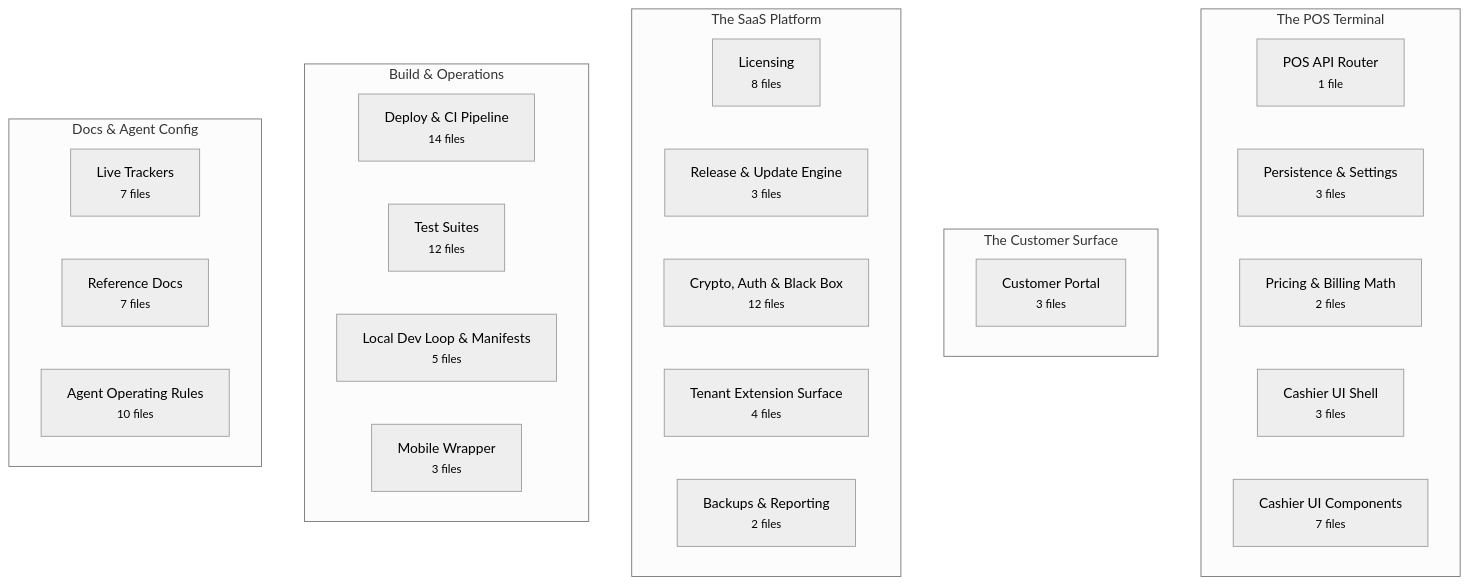
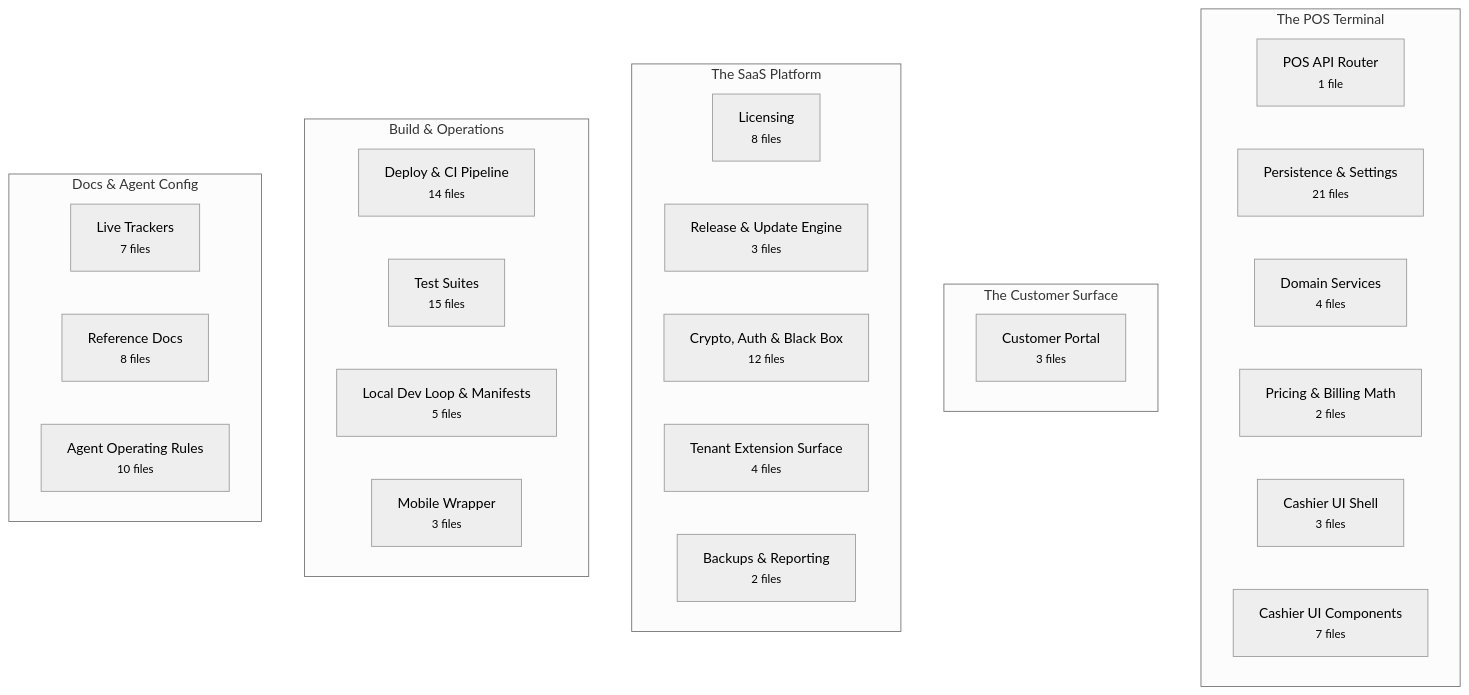
One commit to Vishalnayak226/gold_pos changed the first of 2 diagrams in docs/brain/BRAIN.md. Above: the diagram before and after it, drawn with Mermaid (neutral theme). The commit also changed other lines of this file and 59 other files, not shown here.

````diff
--- a/docs/brain/BRAIN.md
+++ b/docs/brain/BRAIN.md
@@ -20,36 +20,37 @@
 ```mermaid
 flowchart TB
   subgraph pos["The POS Terminal"]
     direction LR
     pos_api["POS API Router<br/><small>1 file</small>"]
-    persistence["Persistence & Settings<br/><small>3 files</small>"]
+    persistence["Persistence & Settings<br/><small>21 files</small>"]
+    domain_services["Domain Services<br/><small>4 files</small>"]
     pricing["Pricing & Billing Math<br/><small>2 files</small>"]
     pos_ui["Cashier UI Shell<br/><small>3 files</small>"]
     pos_components["Cashier UI Components<br/><small>7 files</small>"]
   end
   subgraph customer["The Customer Surface"]
     direction LR
     customer_portal["Customer Portal<br/><small>3 files</small>"]
   end
   subgraph platform["The SaaS Platform"]
     direction LR
     licensing["Licensing<br/><small>8 files</small>"]
     updates["Release & Update Engine<br/><small>3 files</small>"]
     security["Crypto, Auth & Black Box<br/><small>12 files</small>"]
     extensions["Tenant Extension Surface<br/><small>4 files</small>"]
     maintenance["Backups & Reporting<br/><small>2 files</small>"]
   end
   subgraph ops["Build & Operations"]
     direction LR
     deploy["Deploy & CI Pipeline<br/><small>14 files</small>"]
-    tests["Test Suites<br/><small>12 files</small>"]
+    tests["Test Suites<br/><small>15 files</small>"]
     dev_loop["Local Dev Loop & Manifests<br/><small>5 files</small>"]
     mobile["Mobile Wrapper<br/><small>3 files</small>"]
   end
   subgraph knowledge["Docs & Agent Config"]
     direction LR
     trackers["Live Trackers<br/><small>7 files</small>"]
-    reference["Reference Docs<br/><small>7 files</small>"]
+    reference["Reference Docs<br/><small>8 files</small>"]
     agent_config["Agent Operating Rules<br/><small>10 files</small>"]
   end
 ```
````
